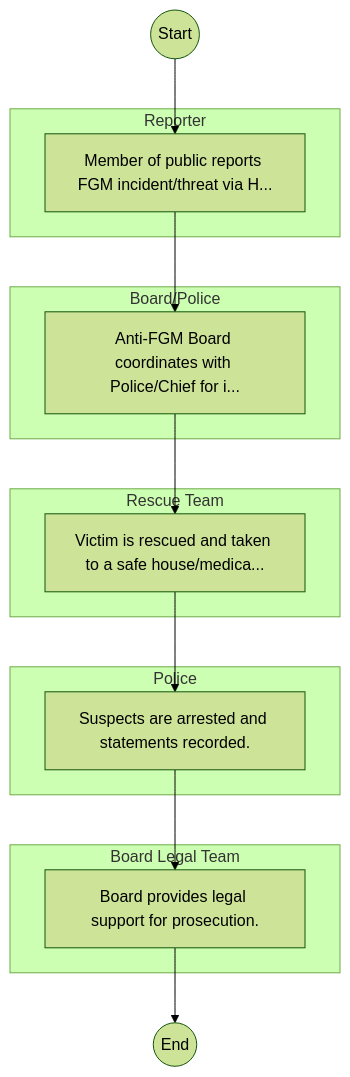
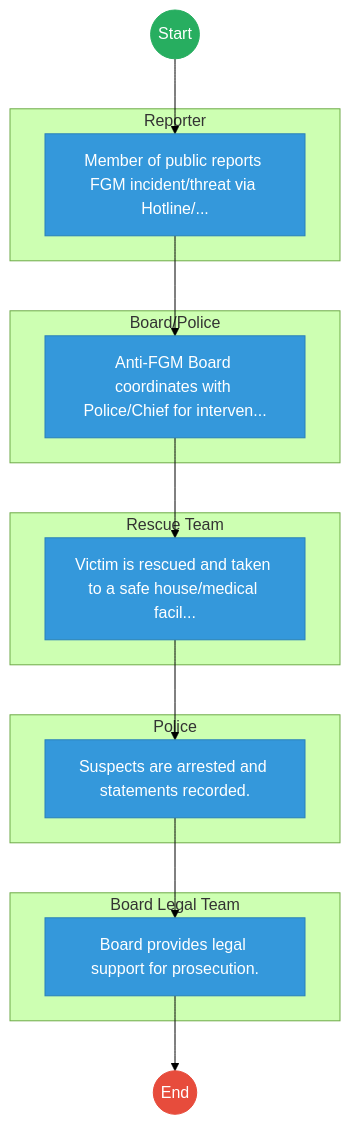
The first of 2 diagrams in mdas/docs_final/Anti-Female_Genital_Mutilation_Board___Service_Delivery.md (BITZ-IT-Consulting-LTD/ictapoc), drawn with Mermaid (forest theme) before and after one commit. The commit also changed other lines of this file and 461 other files, not shown here.

````diff
--- a/mdas/docs_final/Anti-Female_Genital_Mutilation_Board___Service_Delivery.md
+++ b/mdas/docs_final/Anti-Female_Genital_Mutilation_Board___Service_Delivery.md
@@ -20,24 +20,38 @@
 ```mermaid
 graph TD
     Start((Start)) --> S1
+
     subgraph Reporter [Reporter]
-        S1["Member of public reports FGM incident/threat via H..."]
+        S1["Member of public reports FGM incident/threat via Hotline/..."]
     end
-    subgraph BoardPolice [Board/Police]
-        S2["Anti-FGM Board coordinates with Police/Chief for i..."]
+
+    subgraph Board_Police [Board/Police]
+        S2["Anti-FGM Board coordinates with Police/Chief for interven..."]
     end
-    subgraph RescueTeam [Rescue Team]
-        S3["Victim is rescued and taken to a safe house/medica..."]
+
+    subgraph Rescue_Team [Rescue Team]
+        S3["Victim is rescued and taken to a safe house/medical facil..."]
     end
+
     subgraph Police [Police]
         S4["Suspects are arrested and statements recorded."]
     end
-    subgraph BoardLegalTeam [Board Legal Team]
+
+    subgraph Board_Legal_Team [Board Legal Team]
         S5["Board provides legal support for prosecution."]
     end
     S1 --> S2
     S2 --> S3
     S3 --> S4
     S4 --> S5
     S5 --> End((End))
+
+    classDef start fill:#27ae60,stroke:#27ae60,color:#fff;
+    classDef endNode fill:#e74c3c,stroke:#e74c3c,color:#fff;
+    classDef userTask fill:#3498db,stroke:#2980b9,color:#fff;
+    classDef serviceTask fill:#9b59b6,stroke:#8e44ad,color:#fff;
+
+    class Start start;
+    class End endNode;
+    class S1,S2,S3,S4,S5 userTask;
 ```
````
